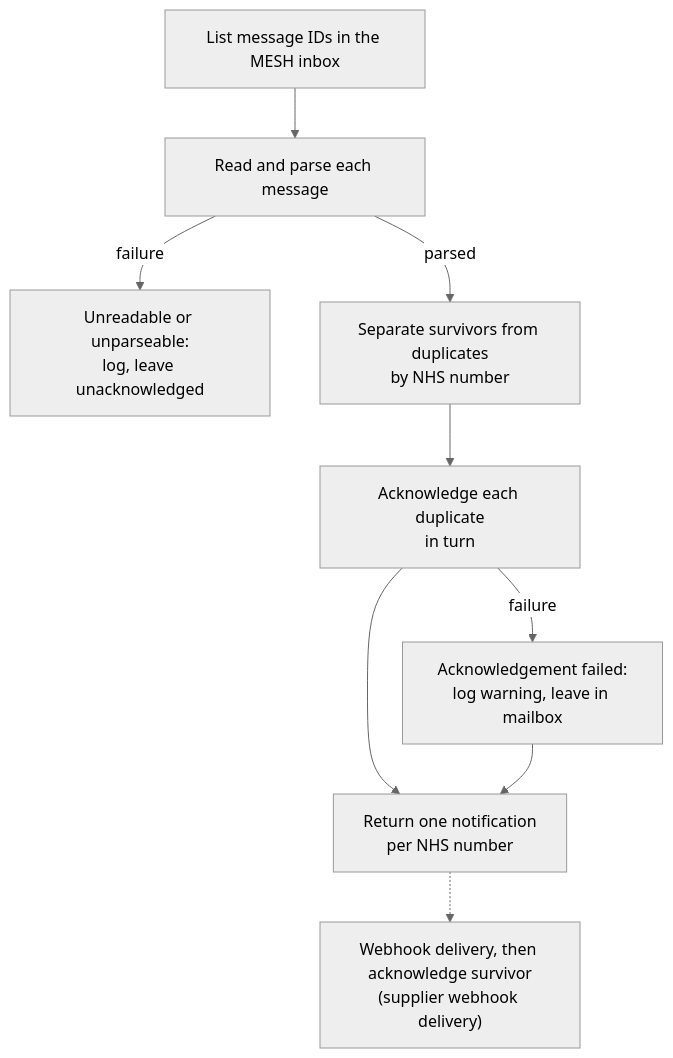
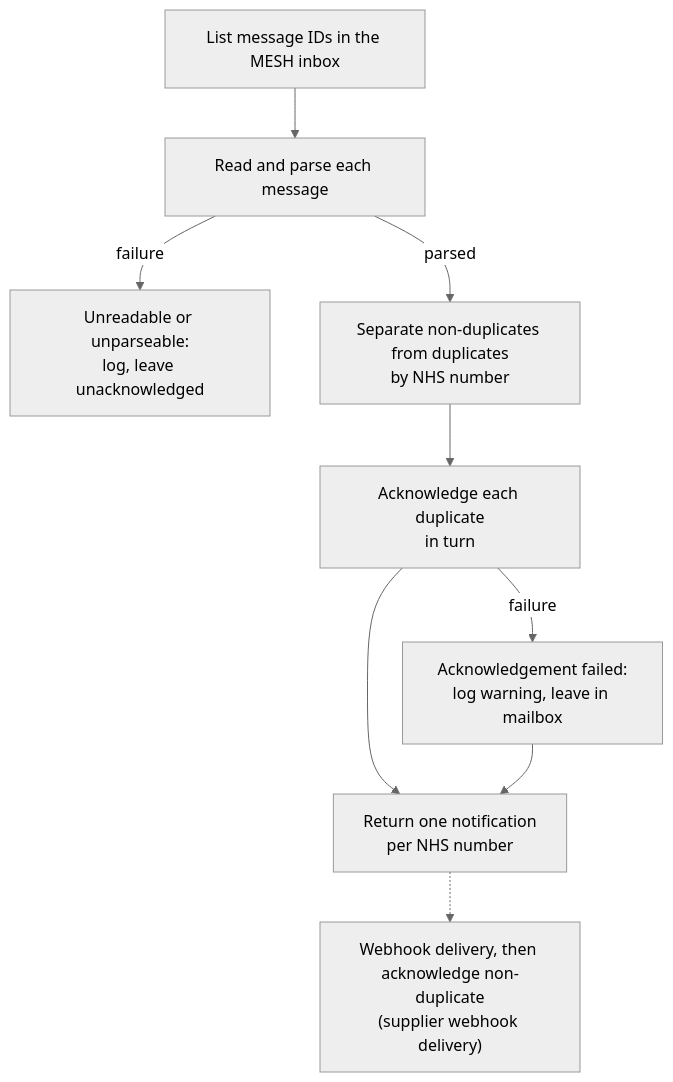
The diagram in Docs/Design/NotificationService/DuplicateHandling.md (DFE-Digital/single-unique-identifier), drawn with Mermaid (neutral theme) before and after one commit. The commit also changed other lines of this file and 1 other file, not shown here.

Commit message:
docs: update duplicate handling documentation to reflect implementation status and terminology changes

````diff
--- a/Docs/Design/NotificationService/DuplicateHandling.md
+++ b/Docs/Design/NotificationService/DuplicateHandling.md
@@ -50,20 +50,20 @@
 ```mermaid
 flowchart TD
     list["List message IDs in the MESH inbox"]
     read["Read and parse each message"]
     skip["Unreadable or unparseable:<br/>log, leave unacknowledged"]
-    separate["Separate survivors from duplicates<br/>by NHS number"]
+    separate["Separate non-duplicates from duplicates<br/>by NHS number"]
     ack["Acknowledge each duplicate<br/>in turn"]
     ackFail["Acknowledgement failed:<br/>log warning, leave in mailbox"]
     ret["Return one notification<br/>per NHS number"]
-    deliver["Webhook delivery, then acknowledge survivor<br/>(supplier webhook delivery)"]
+    deliver["Webhook delivery, then acknowledge non-duplicate<br/>(supplier webhook delivery)"]
 
     list --> read
     read -->|failure| skip
     read -->|parsed| separate
     separate --> ack
     ack -->|failure| ackFail
     ack --> ret
     ackFail --> ret
     ret -.-> deliver
 ```
````
